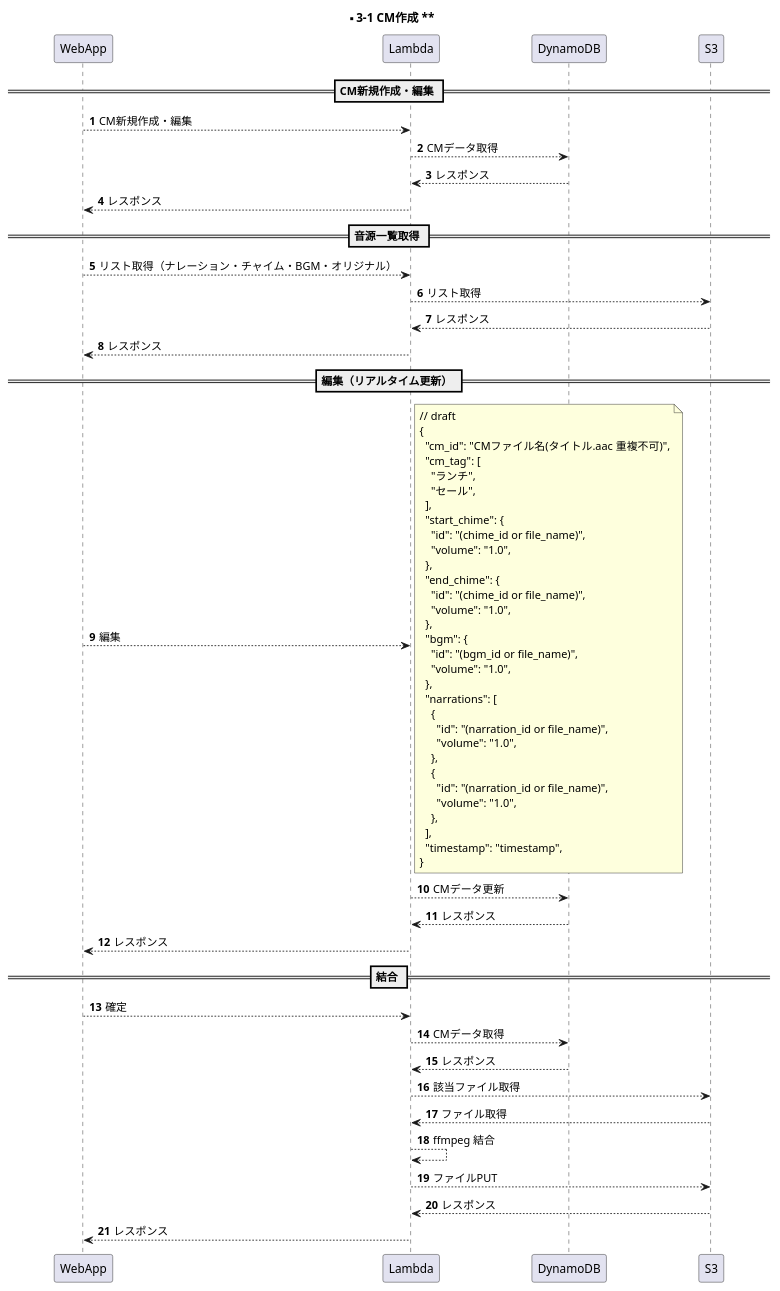
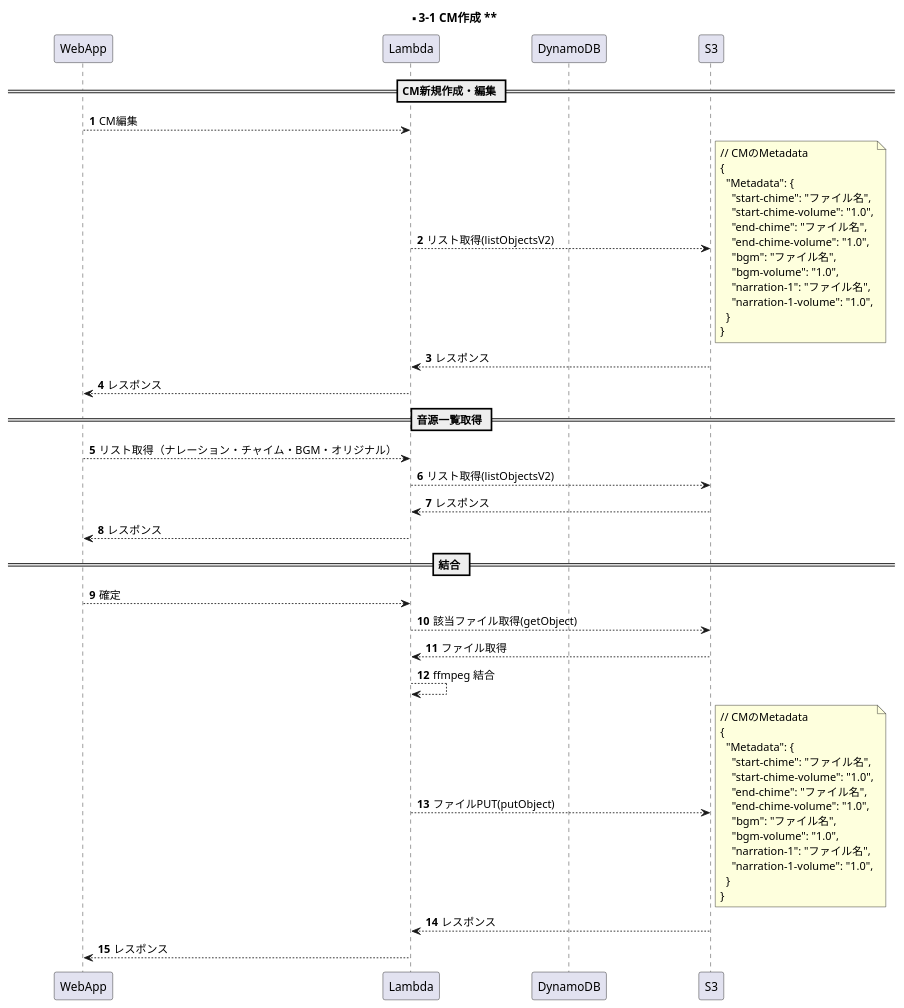
The diagram in documents/uml/s3-1.wsd (y-watanabe-usen/umesse-test), drawn with PlantUML before and after one commit. The commit also changed 13 other files, not shown here.

```diff
--- a/documents/uml/s3-1.wsd
+++ b/documents/uml/s3-1.wsd
@@ -1,74 +1,63 @@
 @startuml s3-1
 
 participant WebApp order 1
 participant Lambda order 2
 participant DynamoDB order 3
 participant S3 order 4
 skinparam ParticipantPadding 50
 autonumber
 
 title ** 3-1 CM作成 **
 
 == CM新規作成・編集 ==
-WebApp --> Lambda: CM新規作成・編集
-Lambda --> DynamoDB: CMデータ取得
-Lambda <-- DynamoDB: レスポンス
+WebApp --> Lambda: CM編集
+Lambda --> S3: リスト取得(listObjectsV2)
+note right
+// CMのMetadata
+{
+  "Metadata": {
+    "start-chime": "ファイル名",
+    "start-chime-volume": "1.0",
+    "end-chime": "ファイル名",
+    "end-chime-volume": "1.0",
+    "bgm": "ファイル名",
+    "bgm-volume": "1.0",
+    "narration-1": "ファイル名",
+    "narration-1-volume": "1.0",
+  }
+}
+end note
+Lambda <-- S3: レスポンス
 WebApp <-- Lambda: レスポンス
 
 == 音源一覧取得 ==
 WebApp --> Lambda: リスト取得（ナレーション・チャイム・BGM・オリジナル）
-Lambda --> S3: リスト取得
+Lambda --> S3: リスト取得(listObjectsV2)
 Lambda <-- S3: レスポンス
-WebApp <-- Lambda: レスポンス
-
-== 編集（リアルタイム更新） ==
-WebApp --> Lambda: 編集
-note right
-// draft
-{
-  "cm_id": "CMファイル名(タイトル.aac 重複不可)",
-  "cm_tag": [
-    "ランチ",
-    "セール",
-  ],
-  "start_chime": {
-    "id": "(chime_id or file_name)",
-    "volume": "1.0",
-  },
-  "end_chime": {
-    "id": "(chime_id or file_name)",
-    "volume": "1.0",
-  },
-  "bgm": {
-    "id": "(bgm_id or file_name)",
-    "volume": "1.0",
-  },
-  "narrations": [
-    {
-      "id": "(narration_id or file_name)",
-      "volume": "1.0",
-    },
-    {
-      "id": "(narration_id or file_name)",
-      "volume": "1.0",
-    },
-  ],
-  "timestamp": "timestamp",
-}
-end note
-Lambda --> DynamoDB: CMデータ更新
-Lambda <-- DynamoDB: レスポンス
 WebApp <-- Lambda: レスポンス
 
 == 結合 ==
 WebApp --> Lambda: 確定
-Lambda --> DynamoDB: CMデータ取得
-Lambda <-- DynamoDB: レスポンス
-Lambda --> S3: 該当ファイル取得
+Lambda --> S3: 該当ファイル取得(getObject)
 Lambda <-- S3: ファイル取得
 Lambda --> Lambda: ffmpeg 結合
-Lambda --> S3: ファイルPUT
+Lambda --> S3: ファイルPUT(putObject)
+note right
+// CMのMetadata
+{
+  "Metadata": {
+    "start-chime": "ファイル名",
+    "start-chime-volume": "1.0",
+    "end-chime": "ファイル名",
+    "end-chime-volume": "1.0",
+    "bgm": "ファイル名",
+    "bgm-volume": "1.0",
+    "narration-1": "ファイル名",
+    "narration-1-volume": "1.0",
+  }
+}
+end note
 Lambda <-- S3: レスポンス
 WebApp <-- Lambda: レスポンス
 
 @enduml
```
